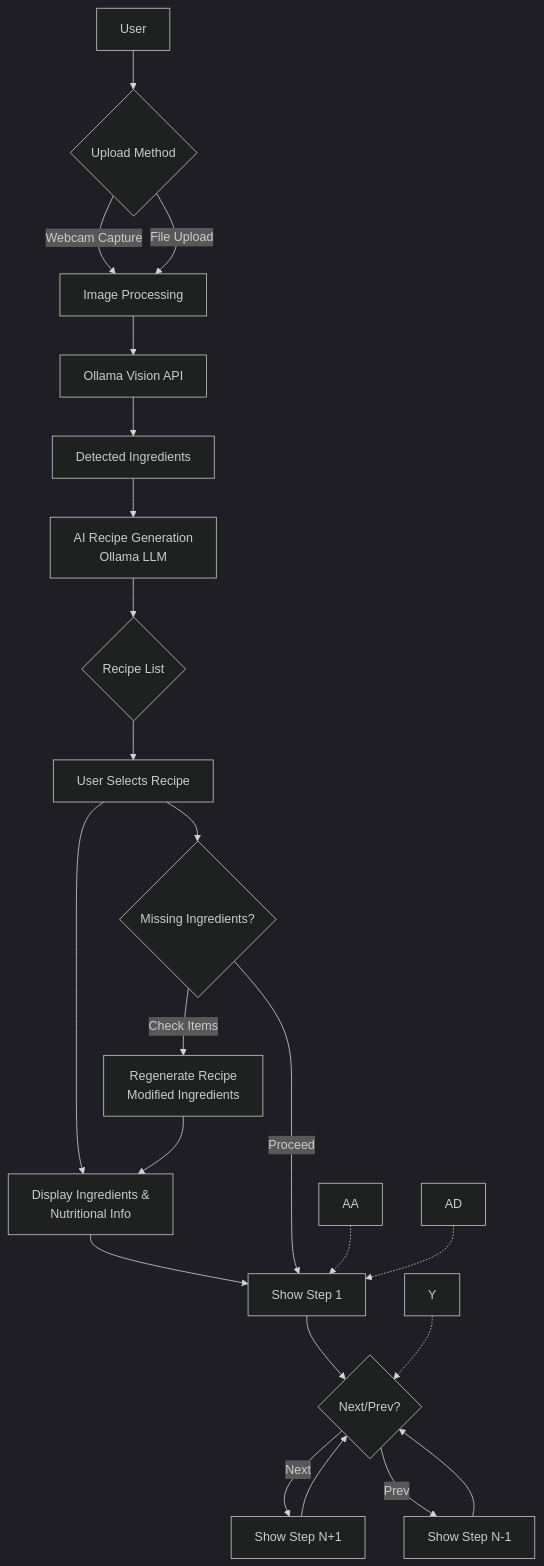
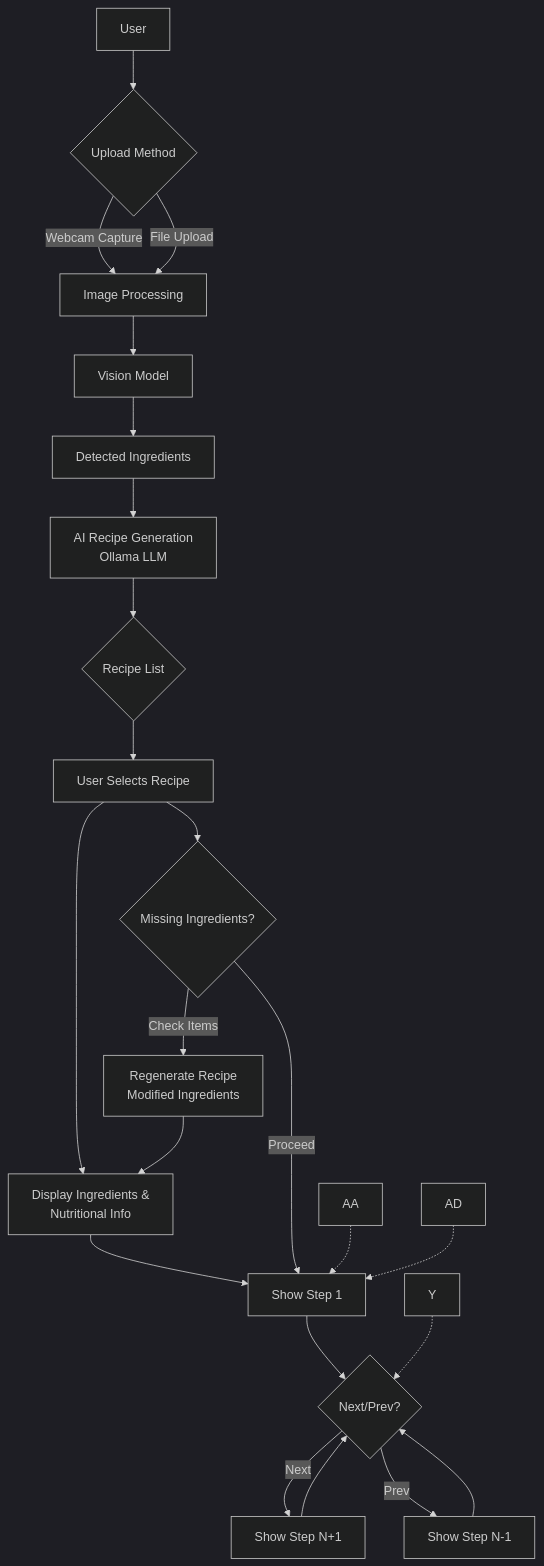
The diagram in README.md (Feininon/Detect-N-Dine), drawn with Mermaid (dark theme) before and after one commit.

Commit message:
big mermaid visd README.md

````diff
--- a/README.md
+++ b/README.md
@@ -201,29 +201,29 @@
 ```mermaid
 flowchart TD
     A[User] --> B{Upload Method}
     B -->|Webcam Capture| C[Image Processing]
     B -->|File Upload| C
-    C --> D[Ollama Vision API]
+    C --> D[Vision Model]
     D --> E[Detected Ingredients]
     E --> F[AI Recipe Generation
 Ollama LLM]
     F --> G{Recipe List}
     G --> H[User Selects Recipe]
     H --> I[Display Ingredients &
  Nutritional Info]
     I --> J[Show Step 1]
     J --> K{Next/Prev?}
     K -->|Next| L[Show Step N+1]
     K -->|Prev| M[Show Step N-1]
     L --> K
     M --> K
     H --> N{Missing Ingredients?}
     N -->|Check Items| O[Regenerate Recipe
  Modified Ingredients]
     O --> I
     N -->|Proceed| J    
     Y -.-> K
     AA -.-> J
     AD -.-> J
 
 ```
````
